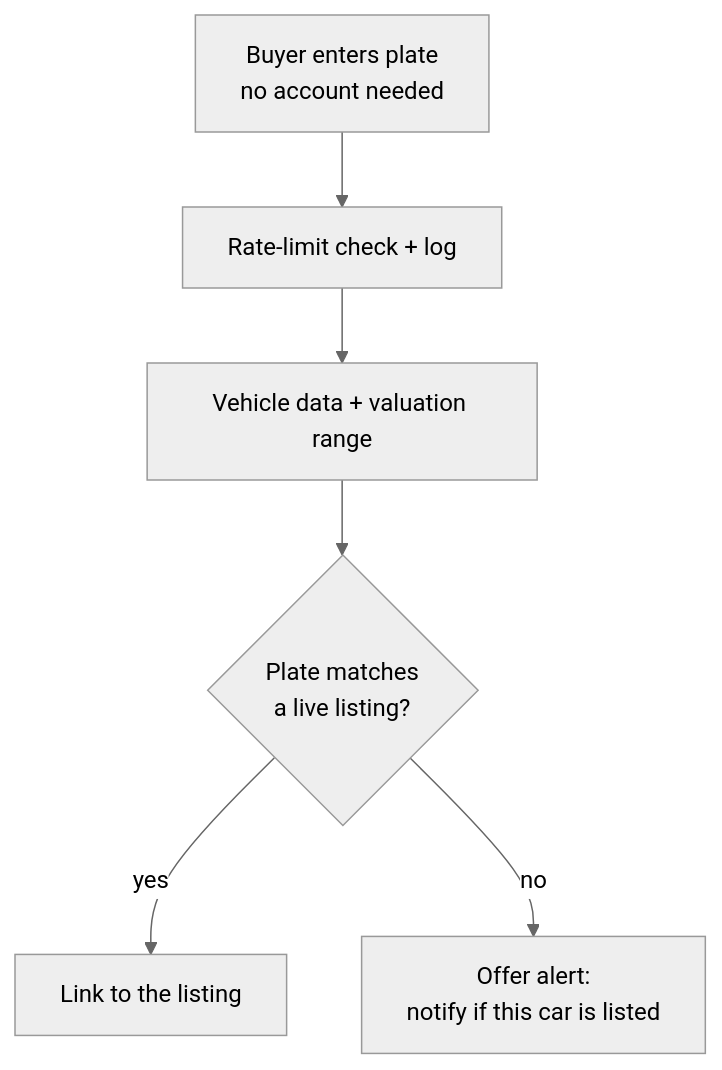
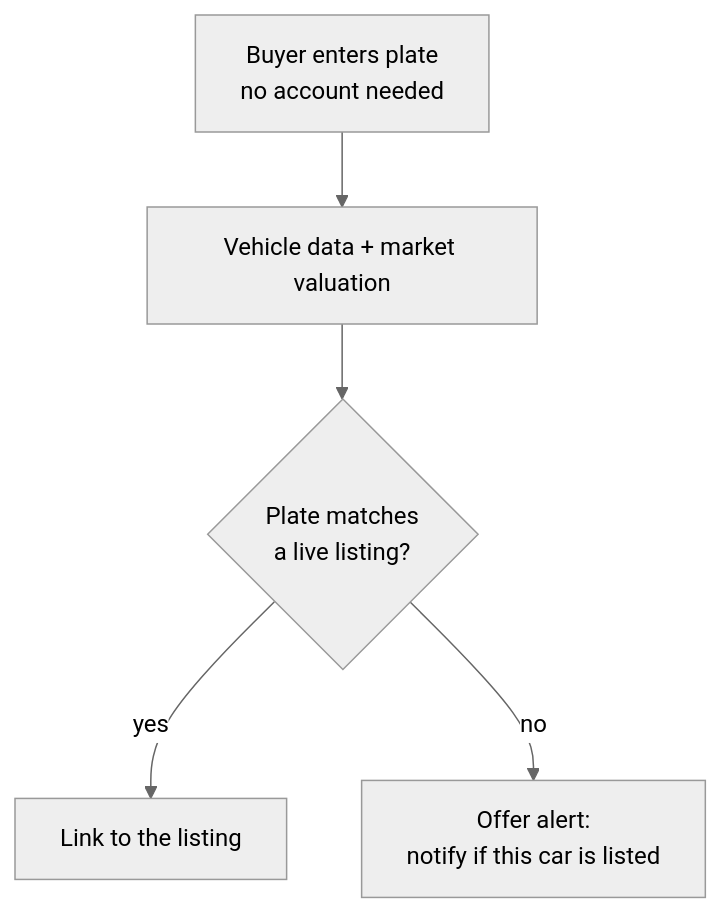
One commit to chiageng/vehicle-inventory changed the fifth of 7 diagrams in docs/flow.md. Above: the diagram before and after it, drawn with Mermaid (neutral theme). The commit also changed other lines of this file and 101 other files, not shown here.

````diff
--- a/docs/flow.md
+++ b/docs/flow.md
@@ -104,8 +109,7 @@
 ```mermaid
 flowchart TD
-    A[Buyer enters plate<br>no account needed] --> B[Rate-limit check + log]
-    B --> C[Vehicle data + valuation range]
+    A[Buyer enters plate<br>no account needed] --> C[Vehicle data + market valuation]
     C --> D{Plate matches<br>a live listing?}
     D -- yes --> E[Link to the listing]
     D -- no --> F[Offer alert:<br>notify if this car is listed]
 ```
````
